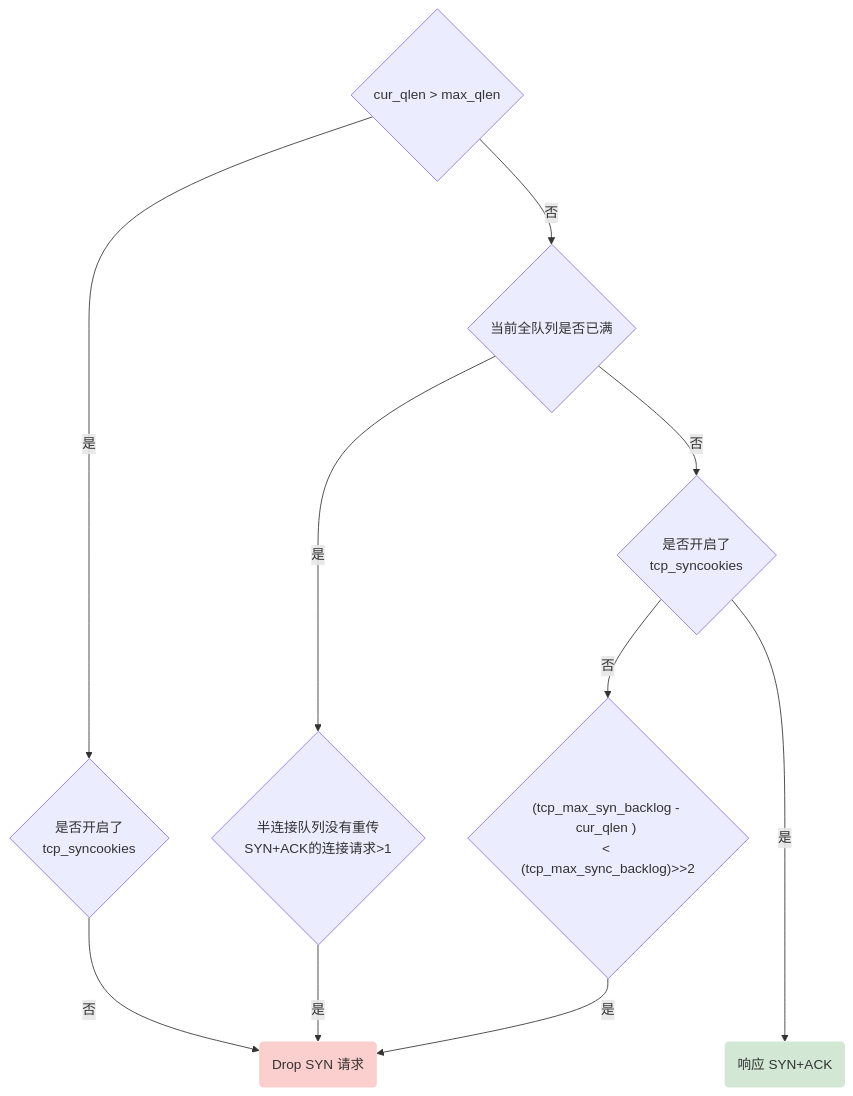
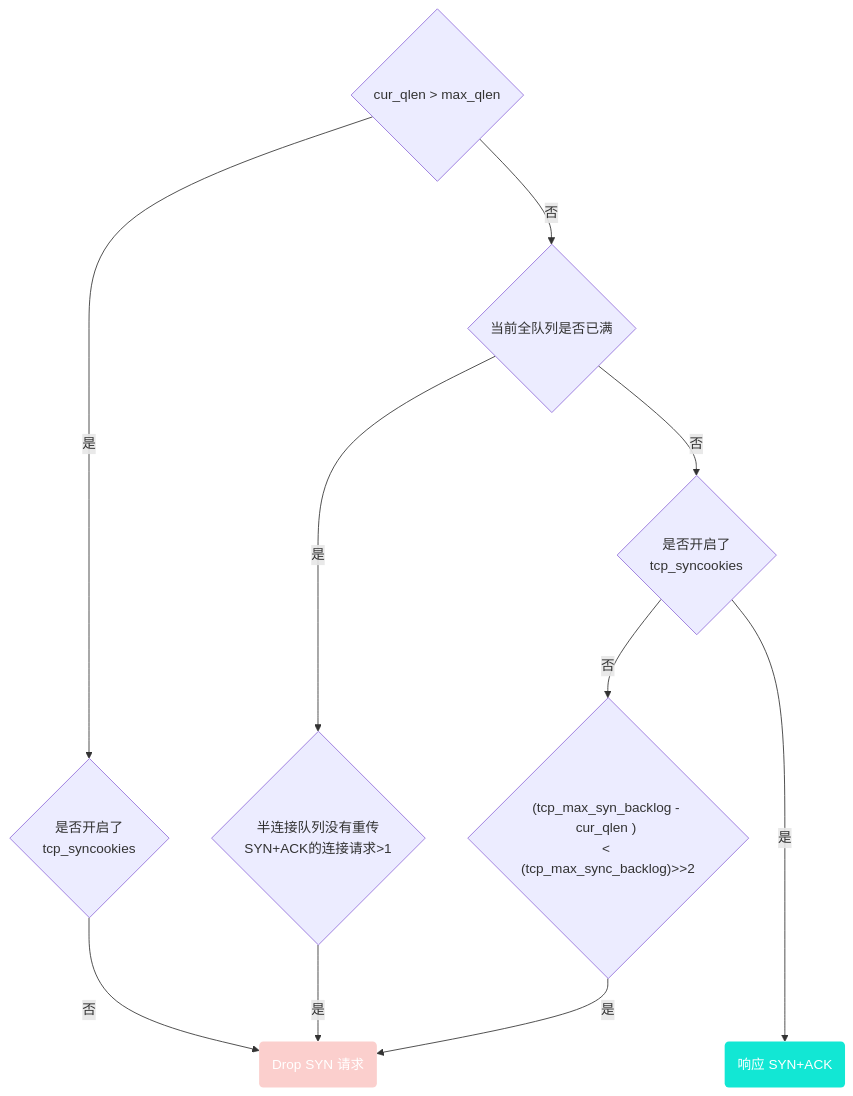
One commit to wgzhao/notes changed the second of 2 diagrams in docs/troubleshooting/deep-in-tcp-connect.md. Above: the diagram before and after it, drawn with Mermaid. The commit also changed other lines of this file and 2 other files, not shown here.

````diff
--- a/docs/troubleshooting/deep-in-tcp-connect.md
+++ b/docs/troubleshooting/deep-in-tcp-connect.md
@@ -595,26 +592,26 @@
 ```mermaid
 graph TD
 %%cur_qlen 当前半连接队列长度, max_qlen 半连接队列最大长度%%
 c1{"cur_qlen > max_qlen"}
 c2{"是否开启了<br/>tcp_syncookies"}
 c3{"当前全队列是否已满"}
 c4{"半连接队列没有重传<br/>SYN+ACK的连接请求>1"}
 c5{"是否开启了<br/>tcp_syncookies"}
 c6{"(tcp_max_syn_backlog - cur_qlen ) <br/>< (tcp_max_sync_backlog)>>2"}
 drop("Drop SYN 请求")
 ack("响应 SYN+ACK")
 
 c1 -- 是 --> c2
 c1 -- 否 --> c3
 c3 -- 是 --> c4
 c3 -- 否 --> c5
 c5 -- 是 --->ack
 c5 -- 否 --> c6
 
 c2 -- 否 --> drop
 c4 -- 是 --> drop
 c6 -- 是 --> drop
 
-style drop fill:#fbcfcd,stroke-width:0px;
-style ack fill:#d2e7d4,stroke-width:0px;
+style drop fill:#fbcfcd,stroke-width:0px,color:white;
+style ack fill:#12e7d4,stroke-width:0px,color:white;
 ```
````
